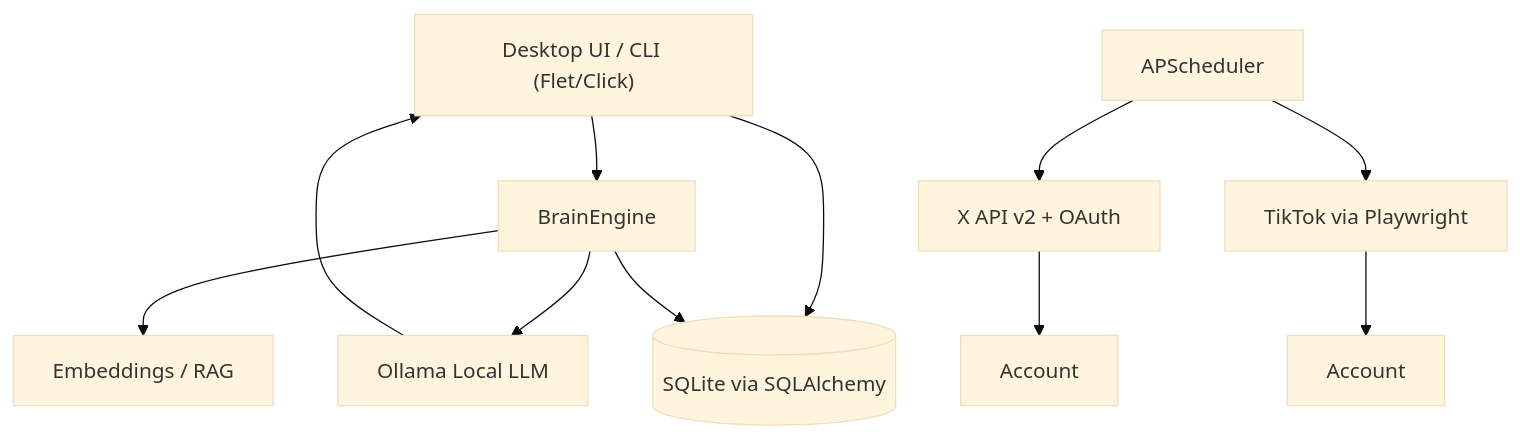
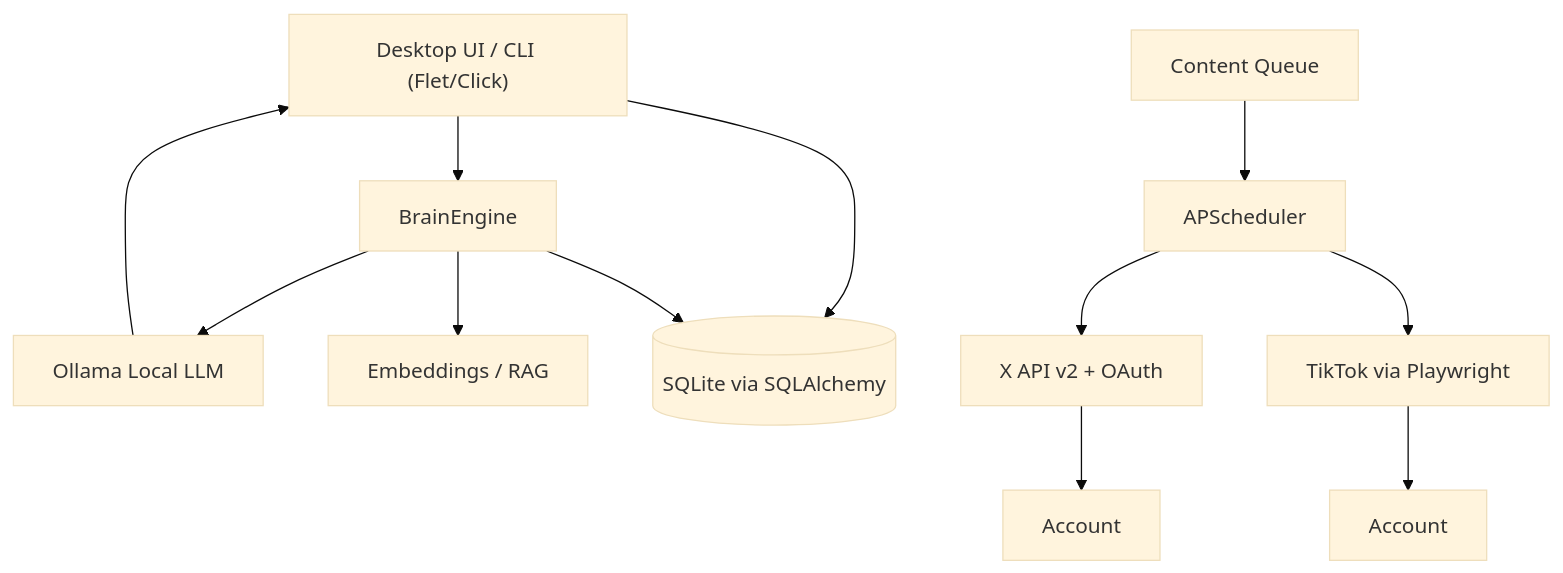
One commit to seraphonixstudios/DoppleX changed the diagram in README.md. Above: the diagram before and after it, drawn with Mermaid (base theme). The commit also changed other lines of this file and 17 other files, not shown here.

````diff
--- a/README.md
+++ b/README.md
@@ -27,13 +35,14 @@
 ```mermaid
 graph TD
     UI["Desktop UI / CLI (Flet/Click)"] --> BrainEngine
     BrainEngine --> Ollama["Ollama Local LLM"]
     BrainEngine --> VectorStore["Embeddings / RAG"]
     UI --> DB[("SQLite via SQLAlchemy")]
     BrainEngine --> DB
-    XAPI["X API v2 + OAuth"] --> XAccount[Account]
-    TikTokAPI["TikTok via Playwright"] --> TikTokAccount[Account]
-    Scheduler["APScheduler"] --> XAPI
-    Scheduler --> TikTokAPI
+    Queue["Content Queue"] --> Scheduler["APScheduler"]
+    Scheduler --> XAPI["X API v2 + OAuth"]
+    Scheduler --> TikTokAPI["TikTok via Playwright"]
+    XAPI --> XAccount[Account]
+    TikTokAPI --> TikTokAccount[Account]
     Ollama --> UI
 ```
````
